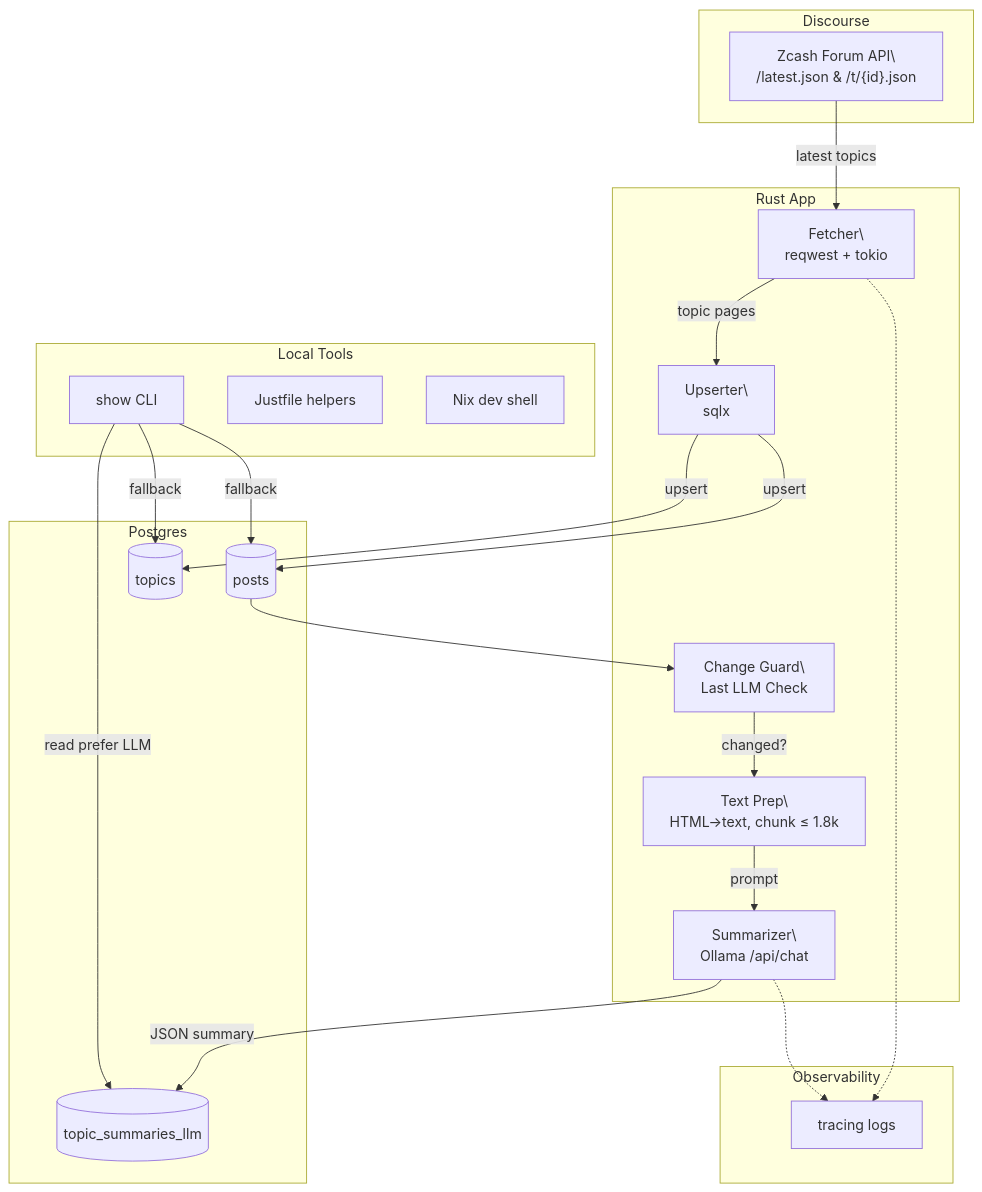
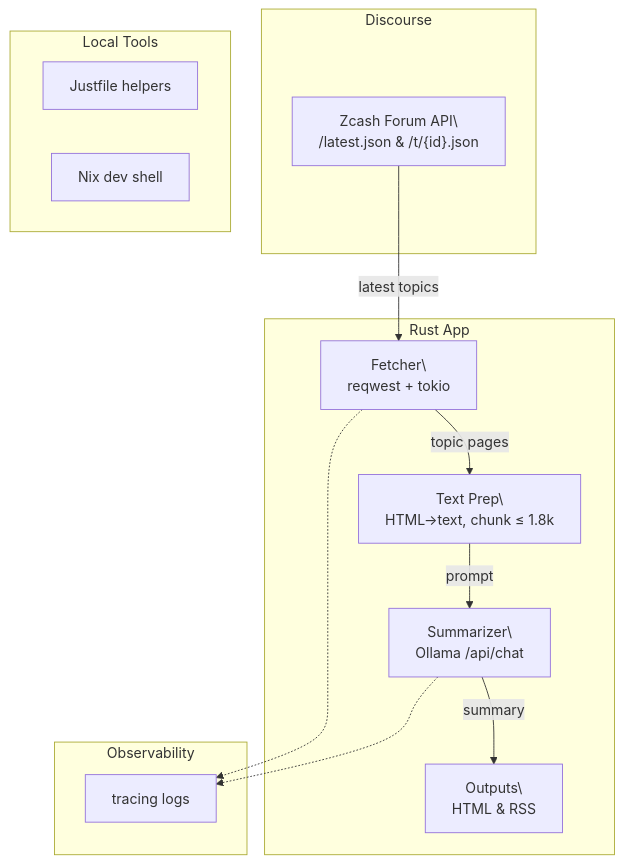
Before and after one commit to aphelionz/zcash-forum-digest: the diagram in AGENTS.md, drawn with Mermaid. The commit also changed other lines of this file and 17 other files, not shown here.

````diff
--- a/AGENTS.md
+++ b/AGENTS.md
@@ -9,42 +9,26 @@
 ```mermaid
 graph TD
   subgraph Discourse
     DZC["Zcash Forum API\\n/latest.json & /t/{id}.json"]
   end
 
   subgraph Rust_App["Rust App"]
     F[Fetcher\\nreqwest + tokio]
-    U[Upserter\\nsqlx]
-    G[Change Guard\\nLast LLM Check]
     B[Text Prep\\nHTML→text, chunk ≤ 1.8k]
     S[Summarizer\\nOllama /api/chat]
-  end
-
-  subgraph Postgres
-    TBL1[(topics)]
-    TBL2[(posts)]
-    TBL3[(topic_summaries_llm)]
+    O[Outputs\\nHTML & RSS]
   end
 
   subgraph Local_Tools["Local Tools"]
-    CLI[show CLI]
     JUST[Justfile helpers]
     NIX[Nix dev shell]
   end
 
-  DZC -->|latest topics| F -->|topic pages| U
-  U -->|upsert| TBL1
-  U -->|upsert| TBL2
-  TBL2 --> G
-  G -->|changed?| B
-  B -->|prompt| S -->|JSON summary| TBL3
-  CLI -->|read prefer LLM| TBL3
-  CLI -->|fallback| TBL1
-  CLI -->|fallback| TBL2
+  DZC -->|latest topics| F -->|topic pages| B -->|prompt| S -->|summary| O
 
   subgraph Observability
     TR[tracing logs]
   end
   F -.-> TR
   S -.-> TR
 ```
````
